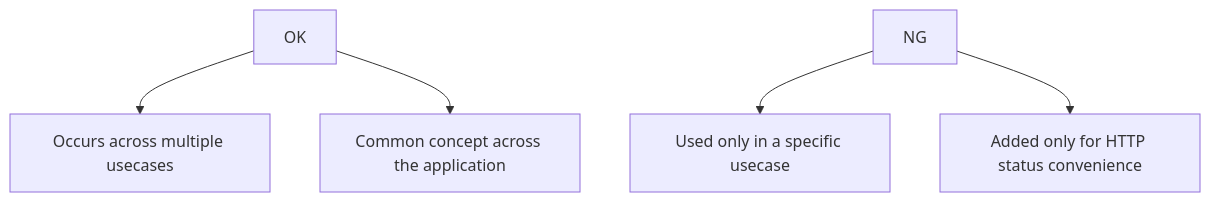
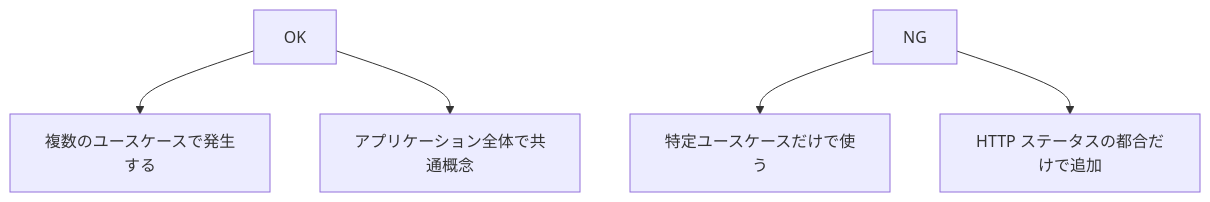
One commit to Tomy-ch/go-boilerplate changed the third of 3 diagrams in internal/apperror/README.md. Above: the diagram before and after it, drawn with Mermaid. The commit also changed other lines of this file and 970 other files, not shown here.

````diff
--- a/internal/apperror/README.md
+++ b/internal/apperror/README.md
@@ -203,15 +211,15 @@
 ```mermaid
 flowchart TB
     OK["OK"]
-    OK1["Occurs across multiple usecases"]
-    OK2["Common concept across the application"]
+    OK1["複数のユースケースで発生する"]
+    OK2["アプリケーション全体で共通概念"]
 
     NG["NG"]
-    NG1["Used only in a specific usecase"]
-    NG2["Added only for HTTP status convenience"]
+    NG1["特定ユースケースだけで使う"]
+    NG2["HTTP ステータスの都合だけで追加"]
 
     OK --> OK1
     OK --> OK2
     NG --> NG1
     NG --> NG2
 ```
````
